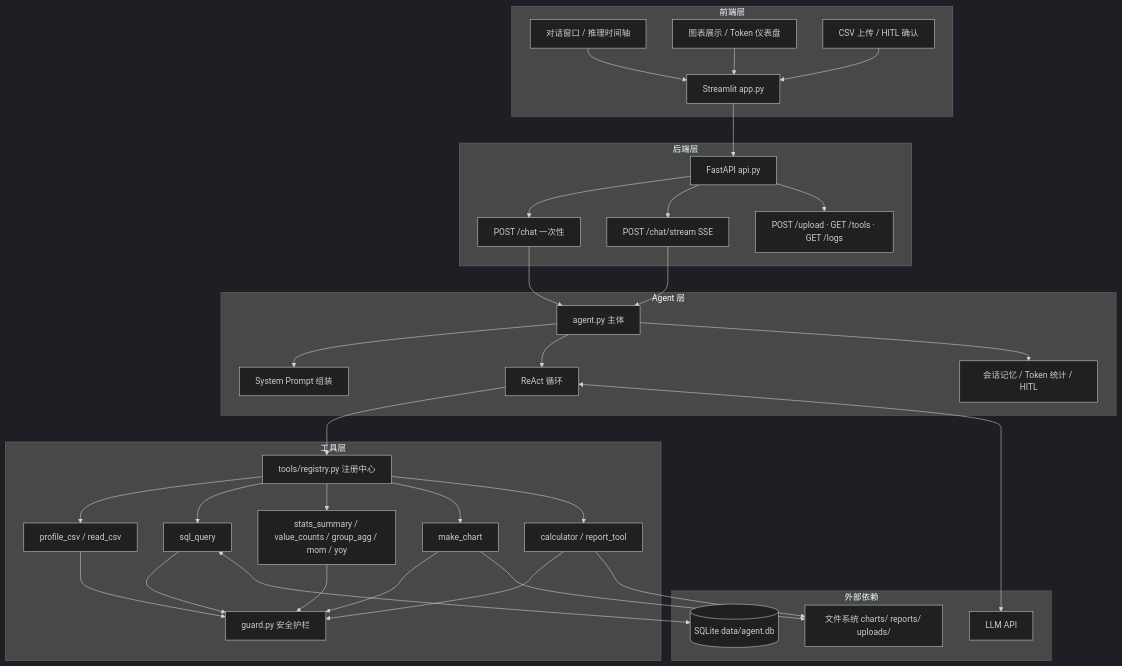
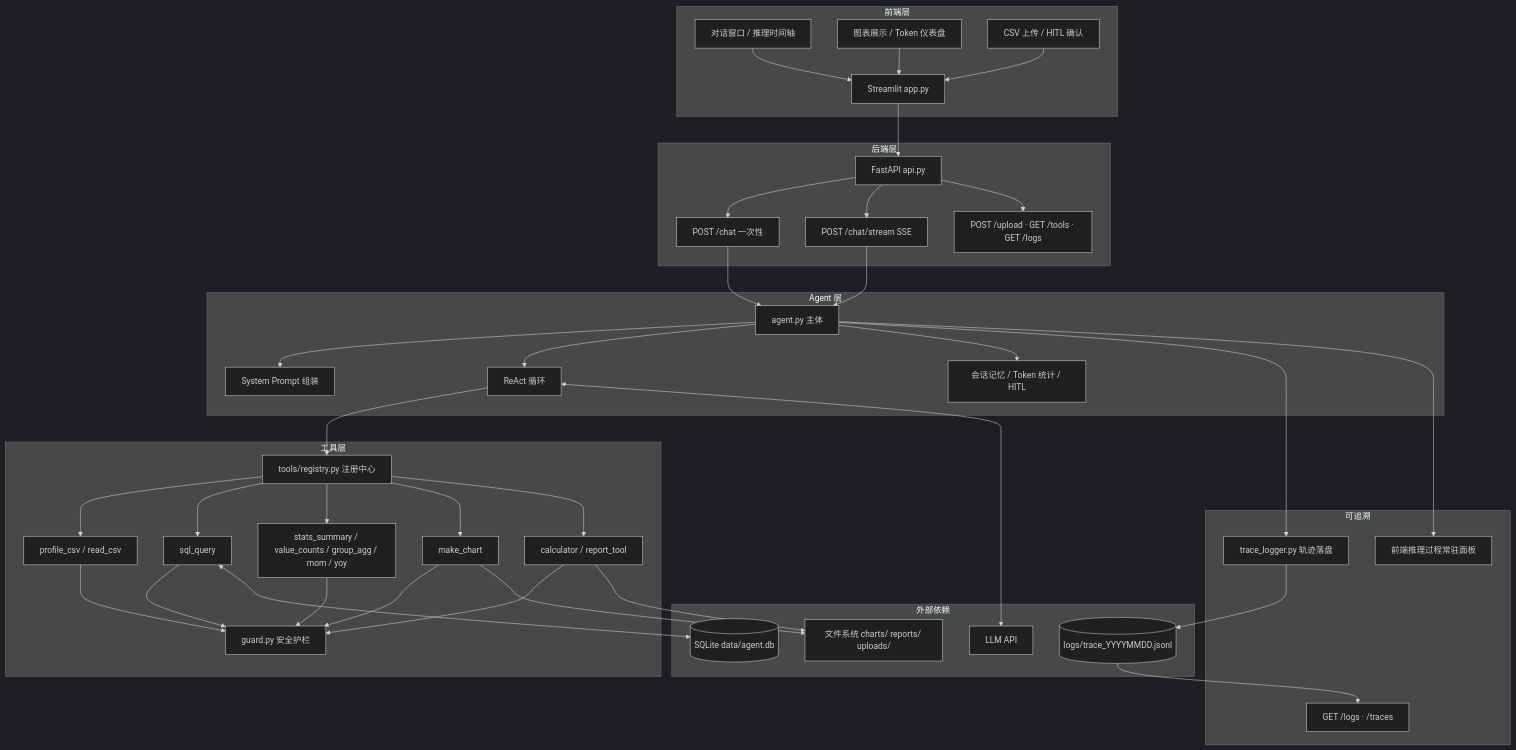
The first of 3 diagrams in docs/01_系统架构.md (xiaobai2005/ai-agent-data-analyst), drawn with Mermaid (dark theme) before and after one commit. The commit also changed other lines of this file and 9 other files, not shown here.

````diff
--- a/docs/01_系统架构.md
+++ b/docs/01_系统架构.md
@@ -5,47 +5,57 @@
 ```mermaid
 flowchart TB
     subgraph 前端层
         A1[Streamlit app.py]
         A2[对话窗口 / 推理时间轴]
         A3[图表展示 / Token 仪表盘]
         A4[CSV 上传 / HITL 确认]
     end
     subgraph 后端层
         B1[FastAPI api.py]
         B2[POST /chat 一次性]
         B3[POST /chat/stream SSE]
         B4[POST /upload · GET /tools · GET /logs]
     end
     subgraph Agent 层
         C1[agent.py 主体]
         C2[System Prompt 组装]
         C3[ReAct 循环]
         C4[会话记忆 / Token 统计 / HITL]
     end
     subgraph 工具层
         D1[tools/registry.py 注册中心]
         D2[profile_csv / read_csv]
         D3[sql_query]
         D4[stats_summary / value_counts / group_agg / mom / yoy]
         D5[make_chart]
         D6[calculator / report_tool]
         D7[guard.py 安全护栏]
     end
     subgraph 外部依赖
         E1[LLM API]
         E2[(SQLite data/agent.db)]
         E3[文件系统 charts/ reports/ uploads/]
+        E4[(logs/trace_YYYYMMDD.jsonl)]
+    end
+    subgraph 可追溯
+        F1[trace_logger.py 轨迹落盘]
+        F2[GET /logs · /traces]
+        F3[前端推理过程常驻面板]
     end
 
     A1 --> B1
     A2 & A3 & A4 --> A1
     B1 --> B2 & B3 & B4
     B2 & B3 --> C1
     C1 --> C2 & C3 & C4
     C3 --> D1
     D1 --> D2 & D3 & D4 & D5 & D6
     D2 & D3 & D4 & D5 & D6 --> D7
     C3 <--> E1
     D3 <--> E2
     D5 & D6 --> E3
+    C1 --> F1
+    F1 --> E4
+    E4 --> F2
+    C1 --> F3
 ```
````
